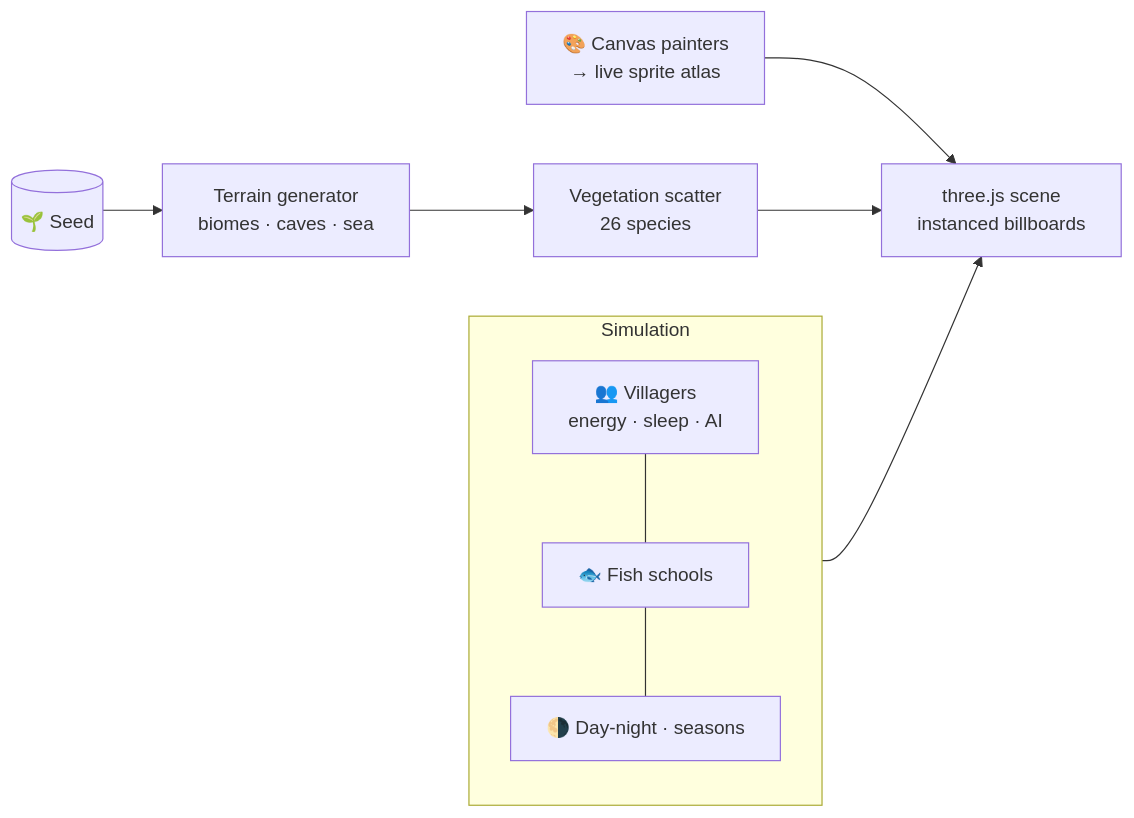
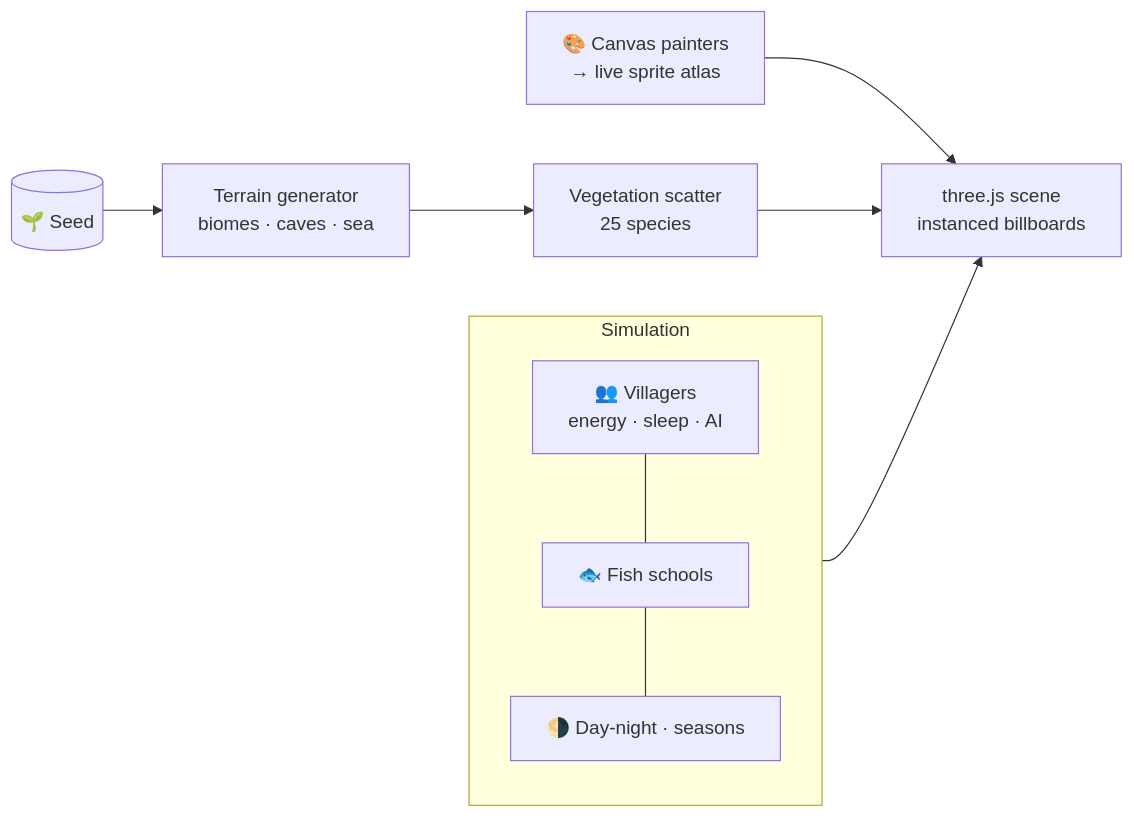
The diagram in README.md (FREECANDY-DEV/pixel-world), drawn with Mermaid before and after one commit. The commit also changed other lines of this file and 3 other files, not shown here.

````diff
--- a/README.md
+++ b/README.md
@@ -73,10 +75,10 @@
 ```mermaid
 flowchart LR
     SEED[(🌱 Seed)] --> GEN["Terrain generator<br/>biomes · caves · sea"]
-    GEN --> FLORA["Vegetation scatter<br/>26 species"]
+    GEN --> FLORA["Vegetation scatter<br/>25 species"]
     subgraph SIM ["Simulation"]
         VIL["👥 Villagers<br/>energy · sleep · AI"] --- FISH["🐟 Fish schools"] --- SKY["🌗 Day-night · seasons"]
     end
     ART["🎨 Canvas painters<br/>→ live sprite atlas"] --> REN["three.js scene<br/>instanced billboards"]
     FLORA --> REN ; SIM --> REN
 ```
````
